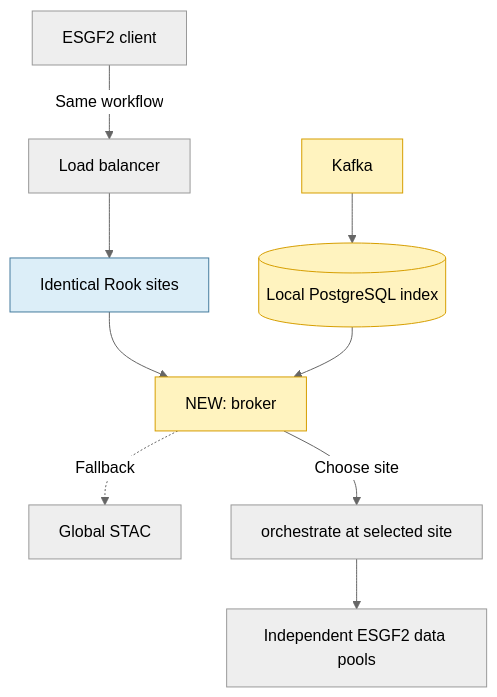
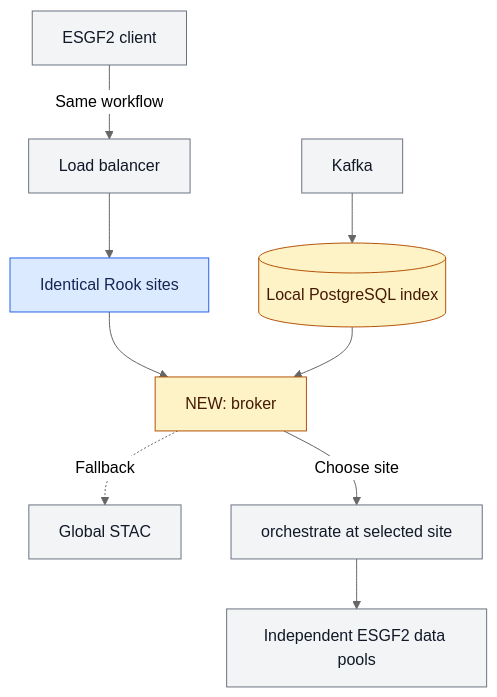
The fourth of 11 diagrams in Rook_WPS_ESGF2_talk_draft.md (roocs/rook), drawn with Mermaid (neutral theme) before and after one commit. The commit also changed other lines of this file and 8 other files, not shown here.

````diff
--- a/Rook_WPS_ESGF2_talk_draft.md
+++ b/Rook_WPS_ESGF2_talk_draft.md
@@ -124,16 +131,17 @@
 ```mermaid
 flowchart TD
     Client["ESGF2 client"] -->|"Same workflow"| LB["Load balancer"]
     LB --> Rook["Identical Rook sites"]
     Rook --> Broker["NEW: broker"]
     Kafka["Kafka"] --> Index[("Local PostgreSQL index")]
     Index --> Broker
     Broker -.->|"Fallback"| STAC["Global STAC"]
     Broker -->|"Choose site"| Orchestrate["orchestrate at selected site"]
     Orchestrate --> Data["Independent ESGF2 data pools"]
 
-    style Rook fill:#dceef8,stroke:#457b9d,color:#000
-    style Broker fill:#fff3bf,stroke:#d69e00,color:#000
-    style Index fill:#fff3bf,stroke:#d69e00,color:#000
-    style Kafka fill:#fff3bf,stroke:#d69e00,color:#000
+    classDef default fill:#f3f4f6,stroke:#6b7280,color:#111827
+    classDef rook fill:#dbeafe,stroke:#2563eb,color:#172554
+    class Rook rook
+    classDef new fill:#fef3c7,stroke:#b45309,color:#451a03
+    class Broker,Index new
 ```
````
